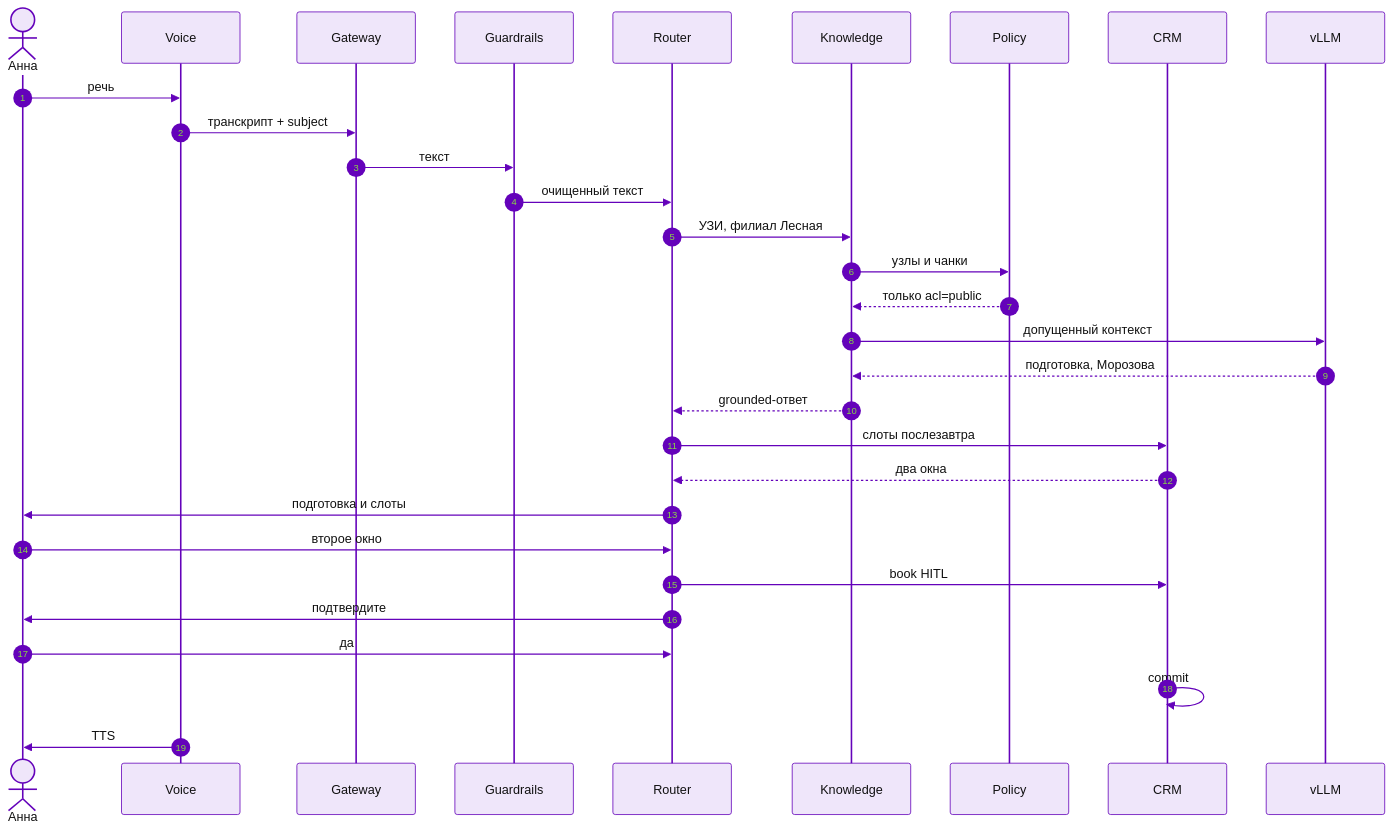
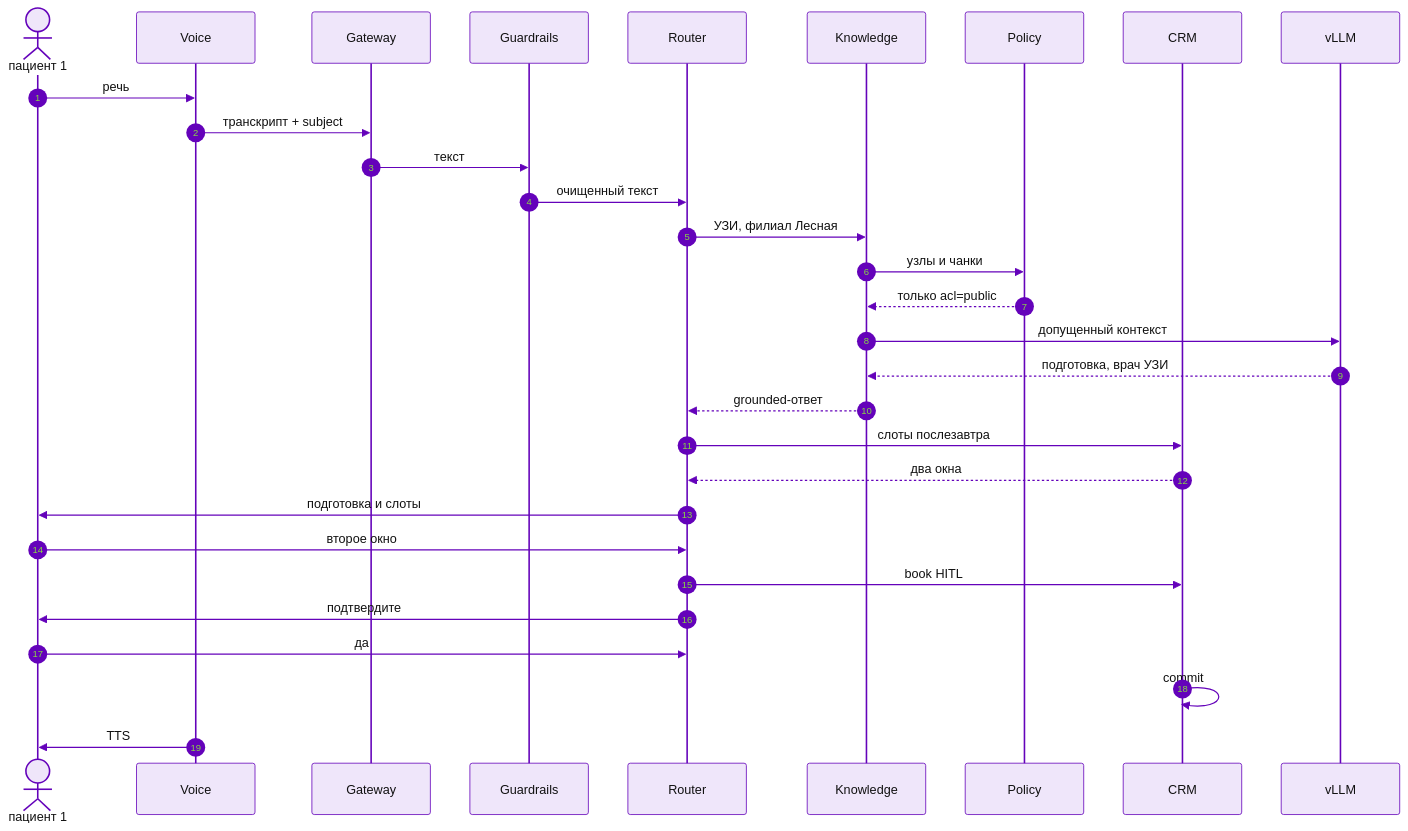
Before and after one commit to divisee/otus-ai-architect: the diagram in final-project/slides/sequence-anna.mmd, drawn with Mermaid. The commit also changed 13 other files, not shown here.

```diff
--- a/final-project/slides/sequence-anna.mmd
+++ b/final-project/slides/sequence-anna.mmd
@@ -1,32 +1,32 @@
 %%{init: {'theme':'base','themeVariables':{'primaryColor':'#efe6fa','primaryTextColor':'#111111','primaryBorderColor':'#6402ba','lineColor':'#7629ba','secondaryColor':'#fff4e5','tertiaryColor':'#f4f4ff','fontFamily':'Roboto, Arial, sans-serif','fontSize':'15px','actorBkg':'#efe6fa','actorBorder':'#6402ba','actorTextColor':'#111111','signalColor':'#6402ba','signalTextColor':'#111111','noteBkgColor':'#fff4e5','noteBorderColor':'#ffab40'}}}%%
 
 sequenceDiagram
     autonumber
-    actor A as Анна
+    actor A as пациент 1
     participant VA as Voice
     participant GW as Gateway
     participant IG as Guardrails
     participant R as Router
     participant K as Knowledge
     participant P as Policy
     participant C as CRM
     participant LLM as vLLM
     A->>VA: речь
     VA->>GW: транскрипт + subject
     GW->>IG: текст
     IG->>R: очищенный текст
     R->>K: УЗИ, филиал Лесная
     K->>P: узлы и чанки
     P-->>K: только acl=public
     K->>LLM: допущенный контекст
-    LLM-->>K: подготовка, Морозова
+    LLM-->>K: подготовка, врач УЗИ
     K-->>R: grounded-ответ
     R->>C: слоты послезавтра
     C-->>R: два окна
     R->>A: подготовка и слоты
     A->>R: второе окно
     R->>C: book HITL
     R->>A: подтвердите
     A->>R: да
     C->>C: commit
     VA->>A: TTS
```
